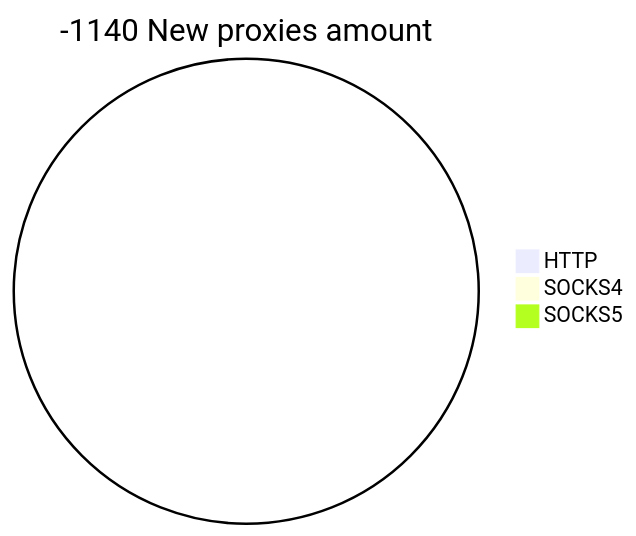
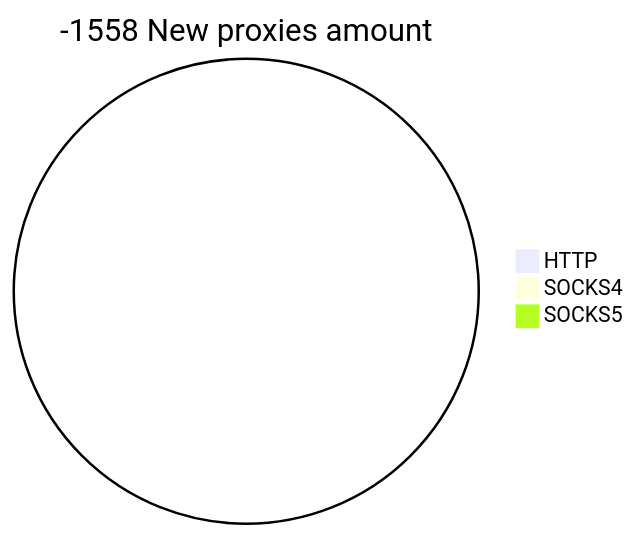
The second of 2 diagrams in README.md (cutipu/proxylist), drawn with Mermaid before and after one commit. The commit also changed other lines of this file, not shown here.

````diff
--- a/README.md
+++ b/README.md
@@ -10,6 +10,6 @@
 ```mermaid
-pie title -1140 New proxies amount
+pie title -1558 New proxies amount
     "HTTP" : 0
     "SOCKS4" : 0
     "SOCKS5" : 0
 ```
````
